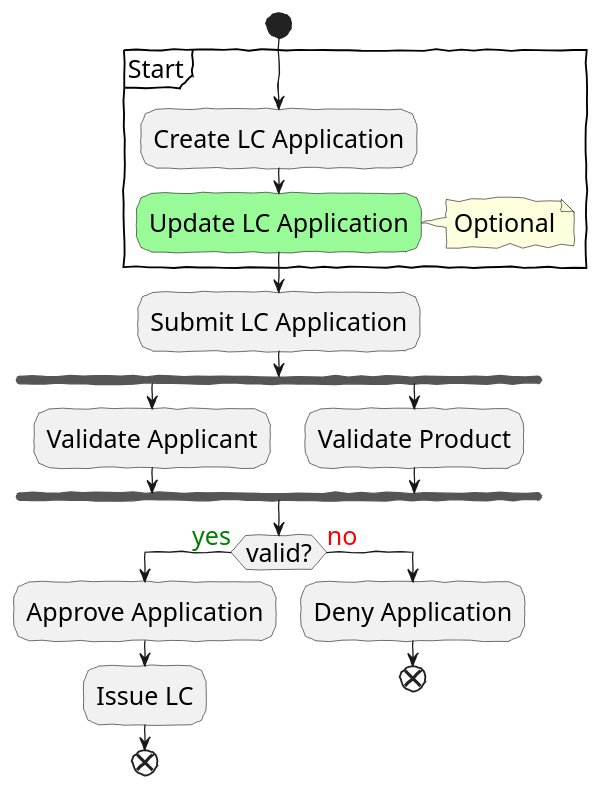
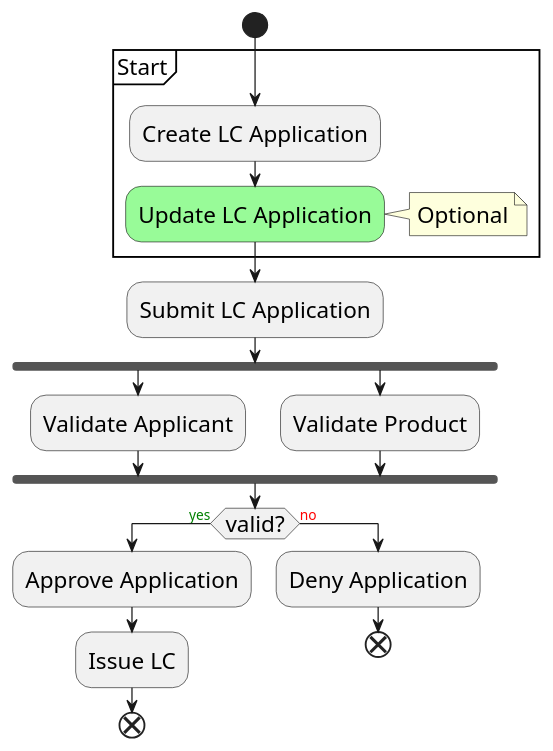
The diagram in book/src/docs/asciidoc/06-implementing-a-task-based-ui.adoc (PacktPublishing/Domain-Driven-Design-with-Java-A-Practitioner-s-Guide), drawn with PlantUML before and after one commit.

Commit message:
Fixed plantuml fonts

```diff
--- a/book/src/docs/asciidoc/06-implementing-a-task-based-ui.adoc
+++ b/book/src/docs/asciidoc/06-implementing-a-task-based-ui.adoc
@@ -33,31 +33,33 @@
 [plantuml,command-flow]
 ....
 @startuml
-skinparam handwritten true
-<style>
-activityDiagram {
-  FontName "Gloria Hallelujah"
-  FontSize 20
-}
-</style>
+skinparam handwrittern true
+skinparam ActivityFontName "Gloria Hallelujah"
+skinparam ActivityFontSize 18
+skinparam ActivityDiamondFontName "Gloria Hallelujah"
+skinparam ActivityDiamondFontSize 18
+skinparam NoteFontName "Gloria Hallelujah"
+skinparam NoteFontSize 18
+skinparam PartitionFontName "Gloria Hallelujah"
+skinparam PartitionFontSize 18
 start
 partition Start {
 :Create LC Application;
 #palegreen:Update LC Application;
 note right: Optional
 }
 :Submit LC Application;
 fork
 :Validate Applicant;
 fork again
 :Validate Product;
 end fork
 if (valid?) is (<color:green>yes) then
 :Approve Application;
 :Issue LC;
 end
 else (<color:red>no)
 :Deny Application;
 end
 @enduml
 ....
```
